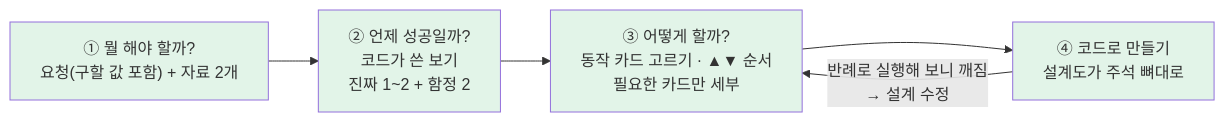
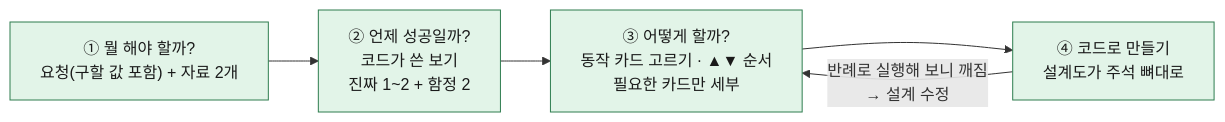
The second of 4 diagrams in docs/superpowers/specs/2026-10-16-card-design-and-review-design.md (tomchaccom/Cut-Check), drawn with Mermaid before and after one commit. The commit also changed other lines of this file, not shown here.

````diff
--- a/docs/superpowers/specs/2026-10-16-card-design-and-review-design.md
+++ b/docs/superpowers/specs/2026-10-16-card-design-and-review-design.md
@@ -40,11 +40,11 @@
 ```mermaid
 flowchart LR
     A["① 뭘 해야 할까?<br/>요청(구할 값 포함) + 자료 2개"] --> B["② 언제 성공일까?<br/>코드가 쓴 보기<br/>진짜 1~2 + 함정 2"]
     B --> C["③ 어떻게 할까?<br/>동작 카드 고르기 · ▲▼ 순서<br/>필요한 카드만 세부"]
     C --> D["④ 코드로 만들기<br/>설계도가 주석 뼈대로"]
     D -->|"반례로 실행해 보니 깨짐<br/>→ 설계 수정"| C
-    style A fill:#e2f4e8
-    style B fill:#e2f4e8
-    style C fill:#e2f4e8
-    style D fill:#e2f4e8
+    style A fill:#e2f4e8,stroke:#2e7d4f,color:#1a1a1a
+    style B fill:#e2f4e8,stroke:#2e7d4f,color:#1a1a1a
+    style C fill:#e2f4e8,stroke:#2e7d4f,color:#1a1a1a
+    style D fill:#e2f4e8,stroke:#2e7d4f,color:#1a1a1a
 ```
````
